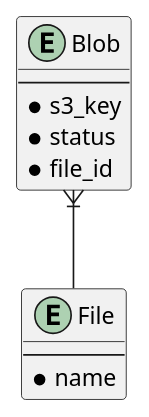
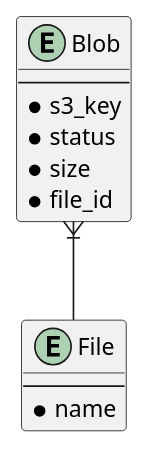
Before and after one commit to sergio-fry/slides: the first of 2 diagrams in dam-arch/README.md, drawn with PlantUML. The commit also changed other lines of this file, not shown here.

````diff
--- a/dam-arch/README.md
+++ b/dam-arch/README.md
@@ -95,15 +98,16 @@
 ```plantuml
 entity Blob {
   --
   * s3_key
   * status
+  * size
   * file_id
 }
 
 entity File {
   --
   * name
 }
 
 Blob }|-- File
 ```
````
